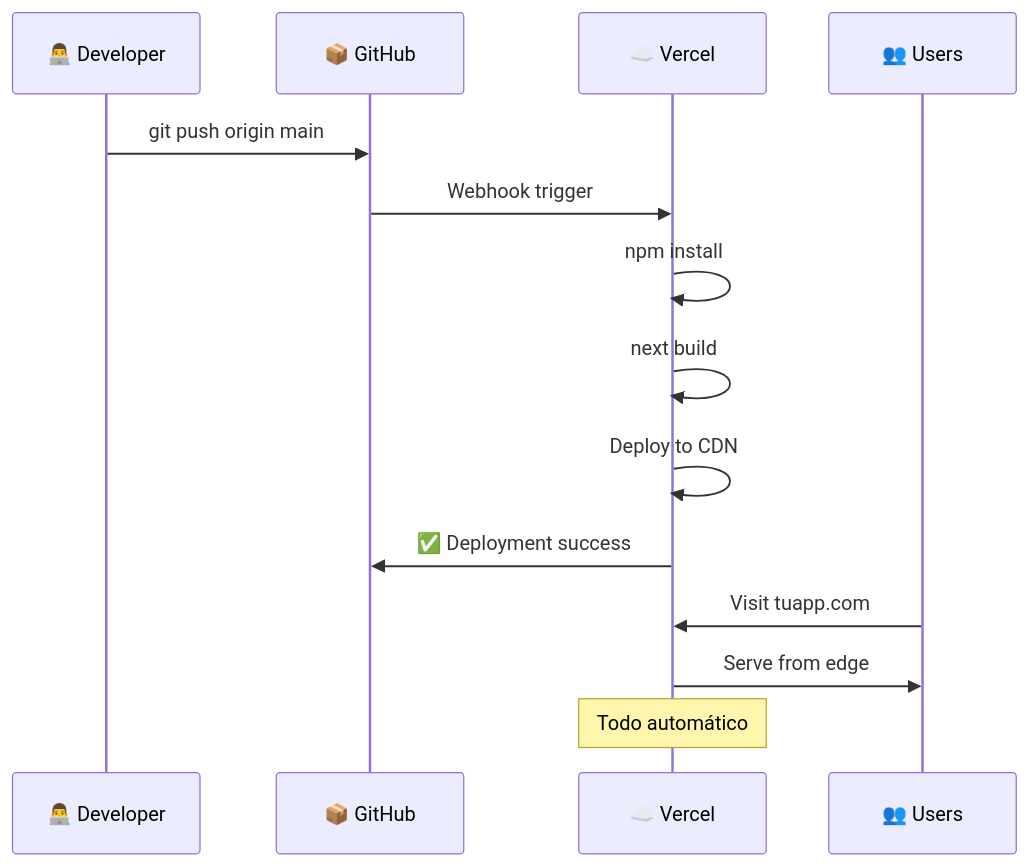
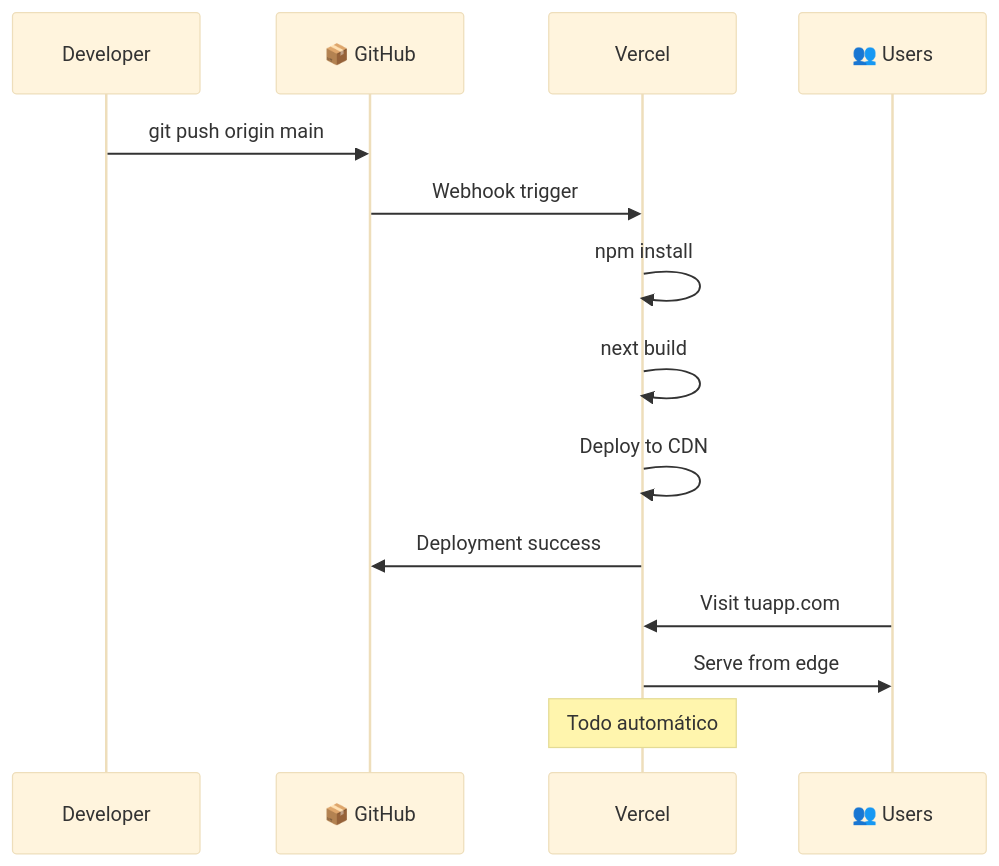
The fourth of 12 diagrams in courses/🟡-development/FPUNA-2026/01-DESARROLLO-SOFTWARE/especializaciones/web-development/05-despliegue-ia.md (Ai-Whisperers/Courses-Content), drawn with Mermaid before and after one commit. The commit also changed other lines of this file and 47 other files, not shown here.

First line of the commit message:
fix: Make all 473 diagrams WCAG AAA accessible (FPUNA-2026)

````diff
--- a/courses/🟡-development/FPUNA-2026/01-DESARROLLO-SOFTWARE/especializaciones/web-development/05-despliegue-ia.md
+++ b/courses/🟡-development/FPUNA-2026/01-DESARROLLO-SOFTWARE/especializaciones/web-development/05-despliegue-ia.md
@@ -140,18 +143,19 @@
 ```mermaid
+%%{init: {'theme':'base', 'themeVariables': {'fontSize':'18px'}}}%%
 sequenceDiagram
-    participant D as 👨‍💻 Developer
+    participant D as Developer
     participant G as 📦 GitHub
-    participant V as ☁️ Vercel
+    participant V as Vercel
     participant U as 👥 Users
     
     D->>G: git push origin main
     G->>V: Webhook trigger
     V->>V: npm install
     V->>V: next build
     V->>V: Deploy to CDN
-    V->>G: ✅ Deployment success
+    V->>G: Deployment success
     U->>V: Visit tuapp.com
     V->>U: Serve from edge
     
     Note over V: Todo automático
 ```
````
